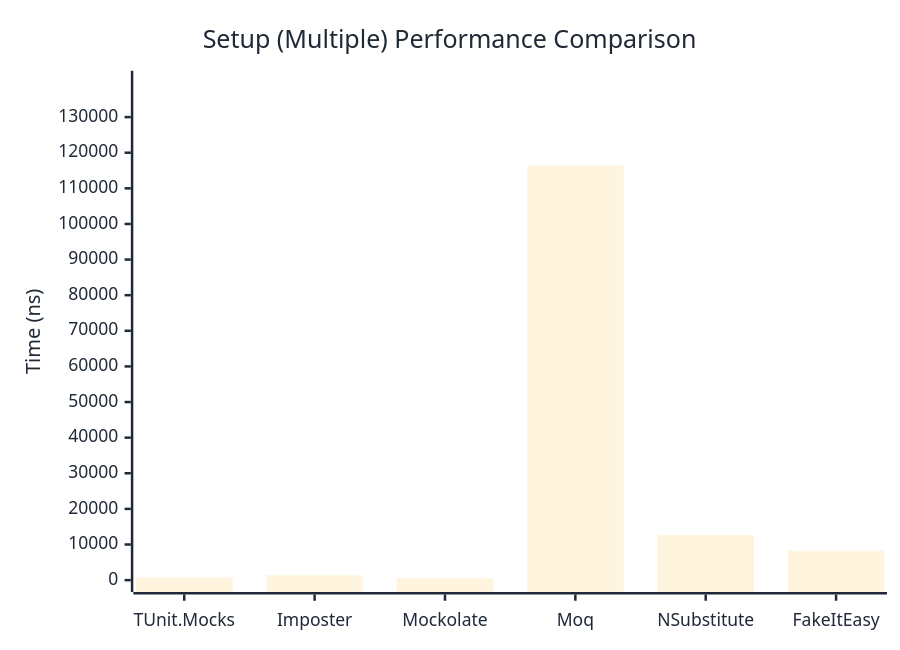
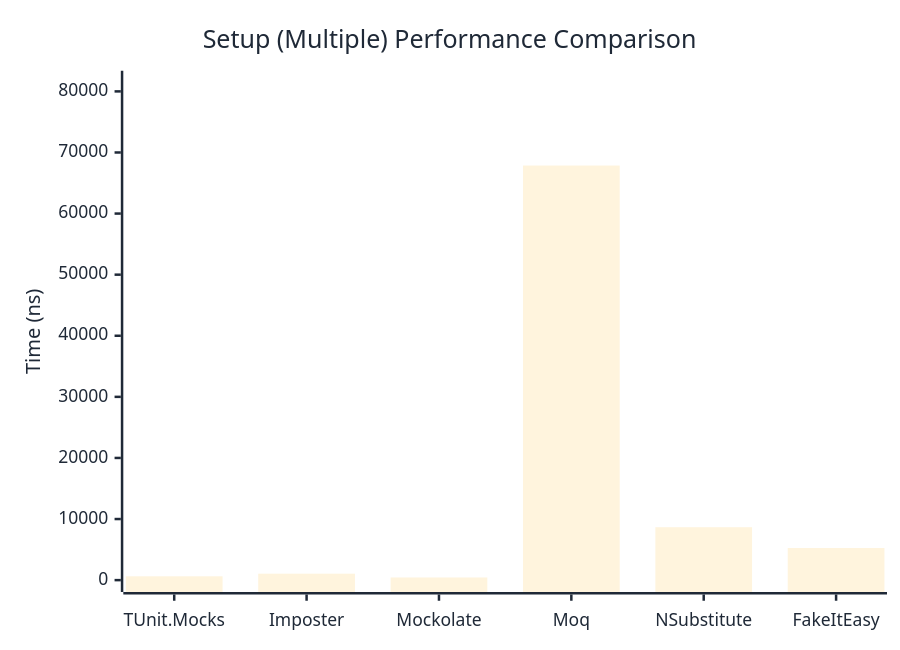
The second of 2 diagrams in docs/docs/benchmarks/mocks/Setup.md (thomhurst/TUnit), drawn with Mermaid before and after one commit. The commit also changed other lines of this file and 14 other files, not shown here.

````diff
--- a/docs/docs/benchmarks/mocks/Setup.md
+++ b/docs/docs/benchmarks/mocks/Setup.md
@@ -71,27 +71,27 @@
 ```mermaid
 %%{init: {
   'theme':'base',
   'themeVariables': {
     'primaryColor': '#2563eb',
     'primaryTextColor': '#1f2937',
     'primaryBorderColor': '#1e40af',
     'lineColor': '#6b7280',
     'secondaryColor': '#7c3aed',
     'tertiaryColor': '#dc2626',
     'background': '#ffffff',
     'pie1': '#2563eb',
     'pie2': '#7c3aed',
     'pie3': '#dc2626',
     'pie4': '#f59e0b',
     'pie5': '#10b981',
     'pie6': '#06b6d4',
     'pie7': '#ec4899',
     'pie8': '#6366f1'
   }
 }}%%
 xychart-beta
   title "Setup (Multiple) Performance Comparison"
   x-axis ["TUnit.Mocks", "Imposter", "Mockolate", "Moq", "NSubstitute", "FakeItEasy"]
-  y-axis "Time (ns)" 0 --> 139679
-  bar [781.9, 1371.4, 526.2, 116398.8, 12664.7, 8239.5]
+  y-axis "Time (ns)" 0 --> 81435
+  bar [624.9, 1053.9, 433, 67862, 8661, 5256.8]
 ```
````
